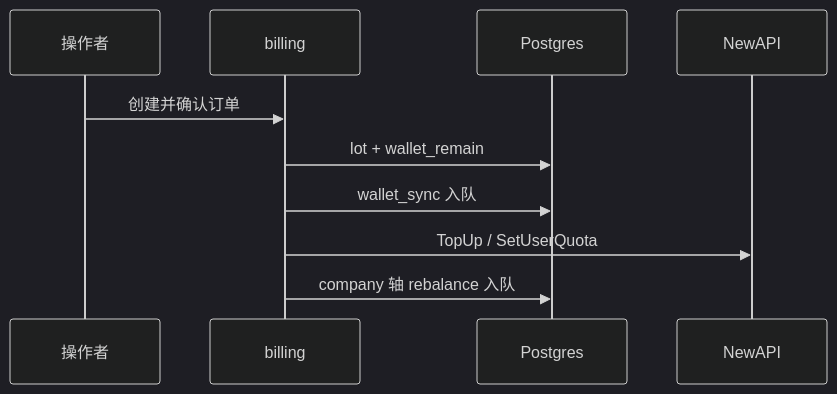
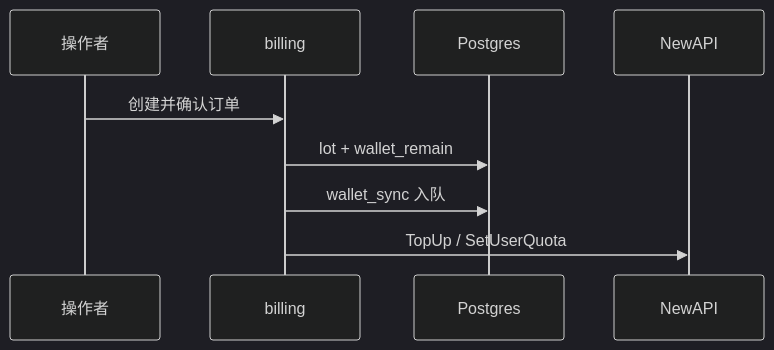
One commit to quyip8818/mytokenjoy changed the tenth of 10 diagrams in docs/Backend-预算.md. Above: the diagram before and after it, drawn with Mermaid (dark theme). The commit also changed other lines of this file and 30 other files, not shown here.

````diff
--- a/docs/Backend-预算.md
+++ b/docs/Backend-预算.md
@@ -389,13 +391,12 @@
 ```mermaid
 sequenceDiagram
   participant U as 操作者
   participant B as billing
   participant DB as Postgres
   participant NA as NewAPI
 
   U->>B: 创建并确认订单
   B->>DB: lot + wallet_remain
   B->>DB: wallet_sync 入队
   B->>NA: TopUp / SetUserQuota
-  B->>DB: company 轴 rebalance 入队
 ```
````
